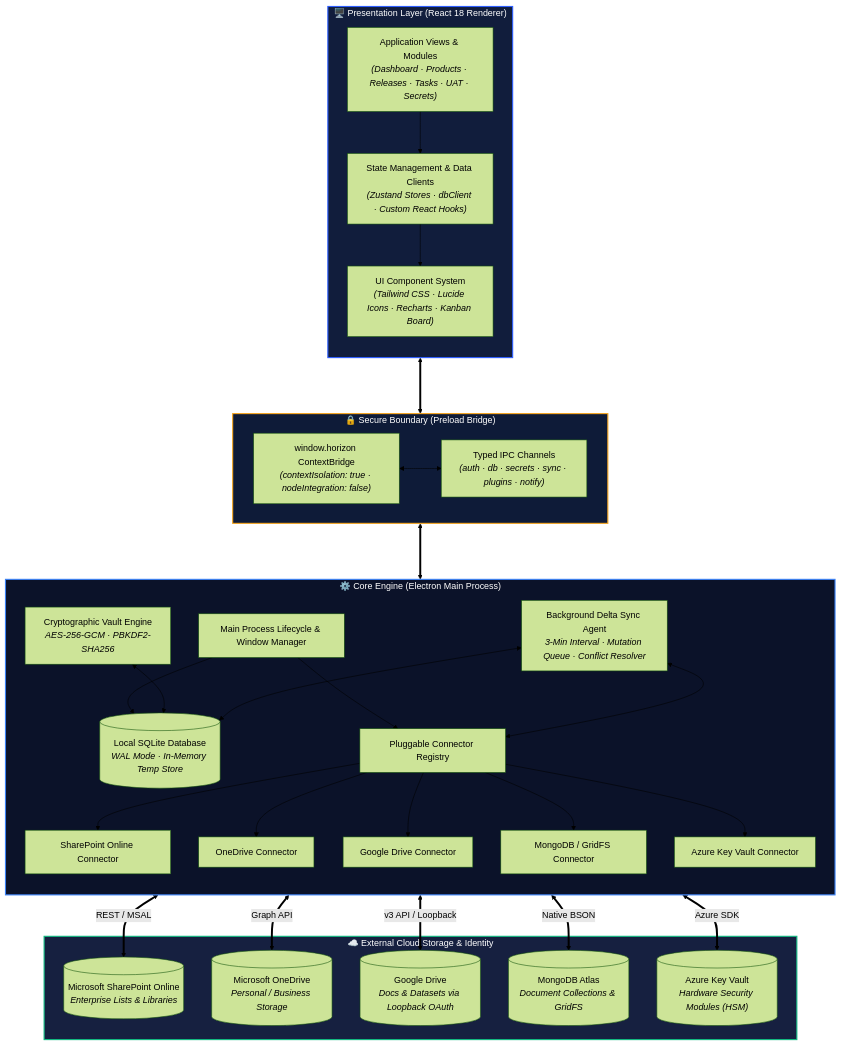
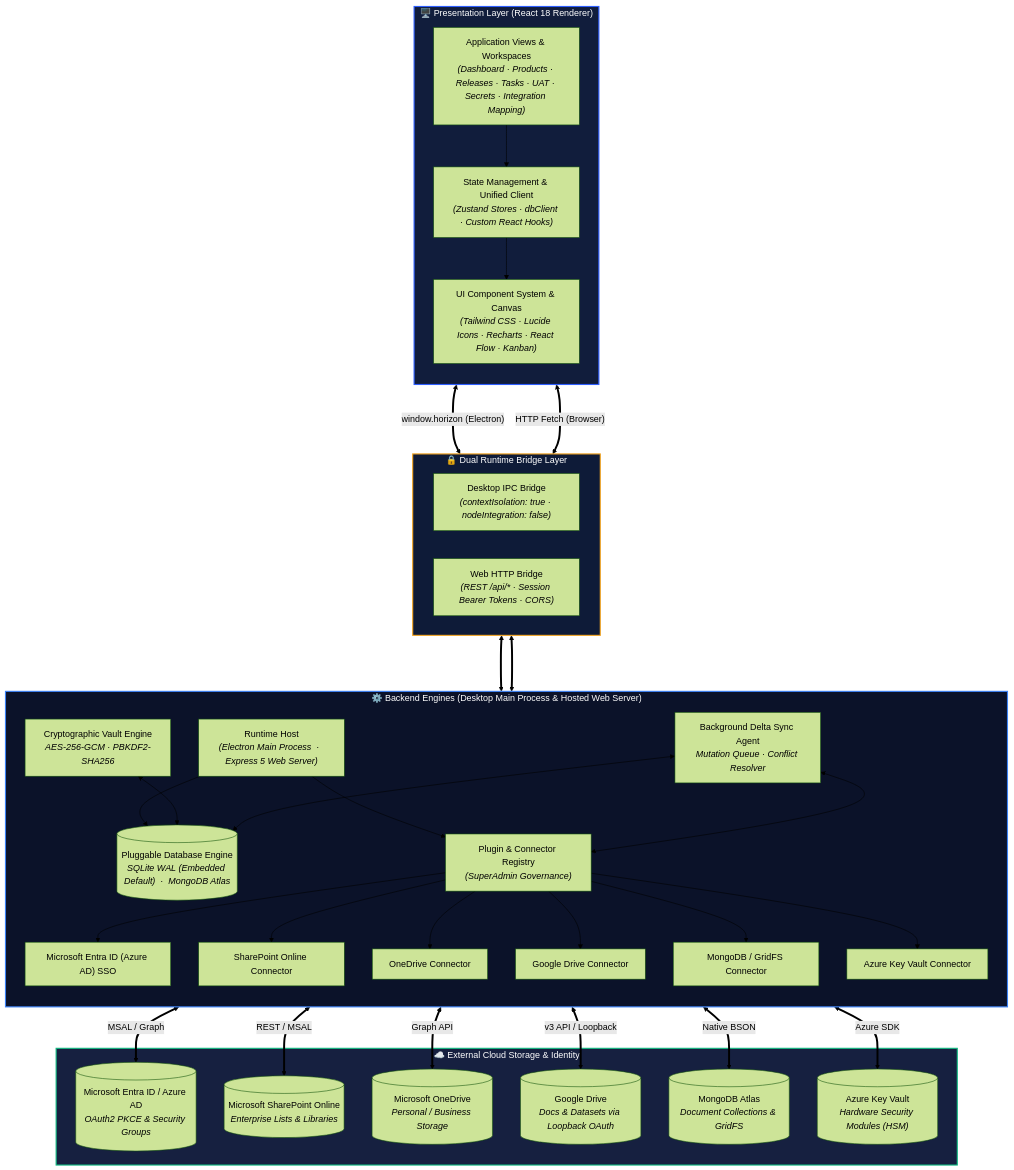
Before and after one commit to HumanNai/Horizon: the first of 2 diagrams in README.md, drawn with Mermaid (forest theme). The commit also changed other lines of this file and 3 other files, not shown here.

Commit message:
docs: update README, CONTRIBUTING, and SECURITY with web edition, docker, azure ad, and superadmin governance

````diff
--- a/README.md
+++ b/README.md
@@ -77,72 +93,77 @@
 ```mermaid
 flowchart TB
     subgraph UI["🖥️ Presentation Layer (React 18 Renderer)"]
         direction TB
-        AppView["Application Views & Modules<br/><i>(Dashboard · Products · Releases · Tasks · UAT · Secrets)</i>"]
-        StateManagement["State Management & Data Clients<br/><i>(Zustand Stores · dbClient · Custom React Hooks)</i>"]
-        Components["UI Component System<br/><i>(Tailwind CSS · Lucide Icons · Recharts · Kanban Board)</i>"]
+        AppView["Application Views & Workspaces<br/><i>(Dashboard · Products · Releases · Tasks · UAT · Secrets · Integration Mapping)</i>"]
+        StateManagement["State Management & Unified Client<br/><i>(Zustand Stores · dbClient · Custom React Hooks)</i>"]
+        Components["UI Component System & Canvas<br/><i>(Tailwind CSS · Lucide Icons · Recharts · React Flow · Kanban)</i>"]
         AppView --> StateManagement
         StateManagement --> Components
     end
 
-    subgraph Bridge["🔒 Secure Boundary (Preload Bridge)"]
+    subgraph Bridges["🔒 Dual Runtime Bridge Layer"]
         direction LR
-        ContextBridge["window.horizon ContextBridge<br/><i>(contextIsolation: true · nodeIntegration: false)</i>"]
-        IPCRoutes["Typed IPC Channels<br/><i>(auth · db · secrets · sync · plugins · notify)</i>"]
-        ContextBridge <--> IPCRoutes
+        ContextBridge["Desktop IPC Bridge<br/><i>(contextIsolation: true · nodeIntegration: false)</i>"]
+        WebBridge["Web HTTP Bridge<br/><i>(REST /api/* · Session Bearer Tokens · CORS)</i>"]
     end
 
-    subgraph MainProcess["⚙️ Core Engine (Electron Main Process)"]
+    subgraph CoreEngine["⚙️ Backend Engines (Desktop Main Process & Hosted Web Server)"]
         direction TB
-        MainApp["Main Process Lifecycle & Window Manager"]
-        SQLite[("Local SQLite Database<br/><i>WAL Mode · In-Memory Temp Store</i>")]
+        Runtime["Runtime Host<br/><i>(Electron Main Process  ·  Express 5 Web Server)</i>"]
+        SQLite[("Pluggable Database Engine<br/><i>SQLite WAL (Embedded Default)  ·  MongoDB Atlas</i>")]
         Vault["Cryptographic Vault Engine<br/><i>AES-256-GCM · PBKDF2-SHA256</i>"]
-        SyncAgent["Background Delta Sync Agent<br/><i>3-Min Interval · Mutation Queue · Conflict Resolver</i>"]
-        PluginHost["Pluggable Connector Registry"]
+        SyncAgent["Background Delta Sync Agent<br/><i>Mutation Queue · Conflict Resolver</i>"]
+        PluginHost["Plugin & Connector Registry<br/><i>(SuperAdmin Governance)</i>"]
 
+        P_AAD["Microsoft Entra ID (Azure AD) SSO"]
         P_SP["SharePoint Online Connector"]
         P_OD["OneDrive Connector"]
         P_GD["Google Drive Connector"]
         P_MG["MongoDB / GridFS Connector"]
         P_AKV["Azure Key Vault Connector"]
 
-        MainApp --> SQLite
-        MainApp --> PluginHost
+        Runtime --> SQLite
+        Runtime --> PluginHost
         Vault <--> SQLite
         SyncAgent <--> SQLite
         SyncAgent <--> PluginHost
 
+        PluginHost --> P_AAD
         PluginHost --> P_SP
         PluginHost --> P_OD
         PluginHost --> P_GD
         PluginHost --> P_MG
         PluginHost --> P_AKV
     end
 
     subgraph Cloud["☁️ External Cloud Storage & Identity"]
+        C_AAD[("Microsoft Entra ID / Azure AD<br/><i>OAuth2 PKCE & Security Groups</i>")]
         C_SP[("Microsoft SharePoint Online<br/><i>Enterprise Lists & Libraries</i>")]
         C_OD[("Microsoft OneDrive<br/><i>Personal / Business Storage</i>")]
         C_GD[("Google Drive<br/><i>Docs & Datasets via Loopback OAuth</i>")]
         C_MG[("MongoDB Atlas<br/><i>Document Collections & GridFS</i>")]
         C_AKV[("Azure Key Vault<br/><i>Hardware Security Modules (HSM)</i>")]
     end
 
-    StateManagement <===> ContextBridge
-    IPCRoutes <===> MainApp
+    StateManagement <===>|"window.horizon (Electron)"| ContextBridge
+    StateManagement <===>|"HTTP Fetch (Browser)"| WebBridge
+    ContextBridge <===> Runtime
+    WebBridge <===> Runtime
 
+    P_AAD <==>|"MSAL / Graph"| C_AAD
     P_SP <==>|"REST / MSAL"| C_SP
     P_OD <==>|"Graph API"| C_OD
     P_GD <==>|"v3 API / Loopback"| C_GD
     P_MG <==>|"Native BSON"| C_MG
     P_AKV <==>|"Azure SDK"| C_AKV
 
     classDef uiLayer fill:#111d3c,stroke:#2E5EFF,stroke-width:2px,color:#ffffff;
     classDef bridgeLayer fill:#0e1b38,stroke:#F5A623,stroke-width:2px,color:#ffffff;
     classDef mainLayer fill:#0B1229,stroke:#3b82f6,stroke-width:2px,color:#ffffff;
     classDef cloudLayer fill:#162040,stroke:#10b981,stroke-width:2px,color:#ffffff;
 
     class UI uiLayer;
-    class Bridge bridgeLayer;
-    class MainProcess mainLayer;
+    class Bridges bridgeLayer;
+    class CoreEngine mainLayer;
     class Cloud cloudLayer;
 ```
````
